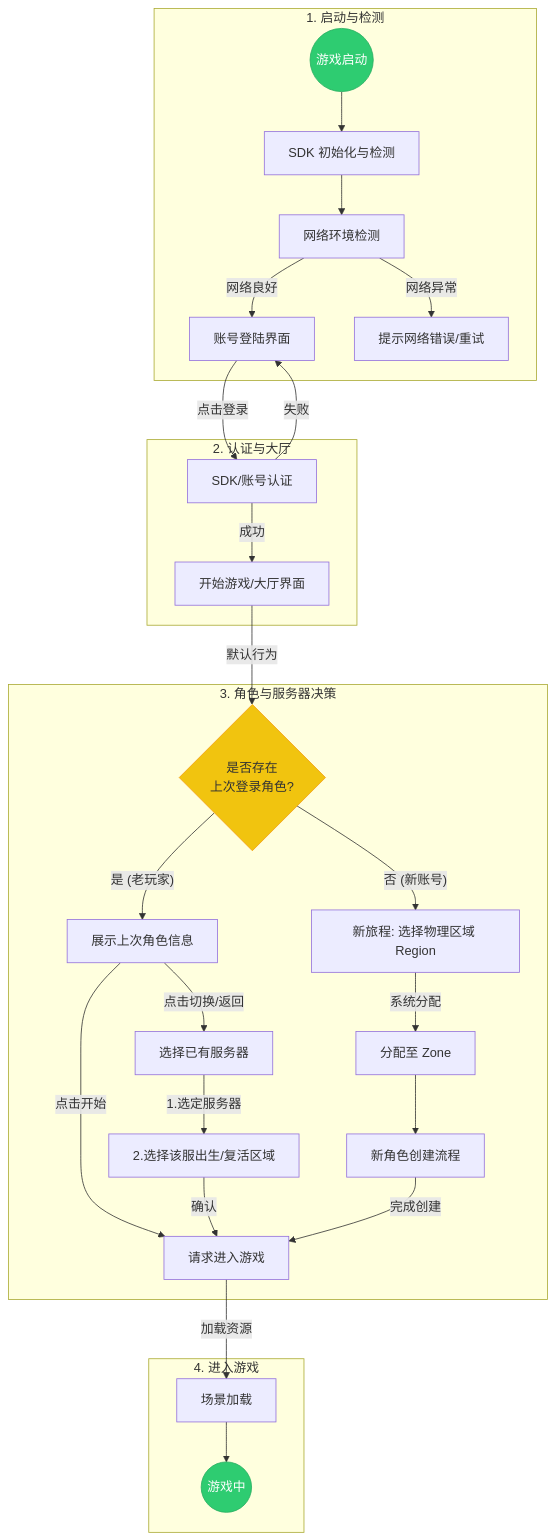
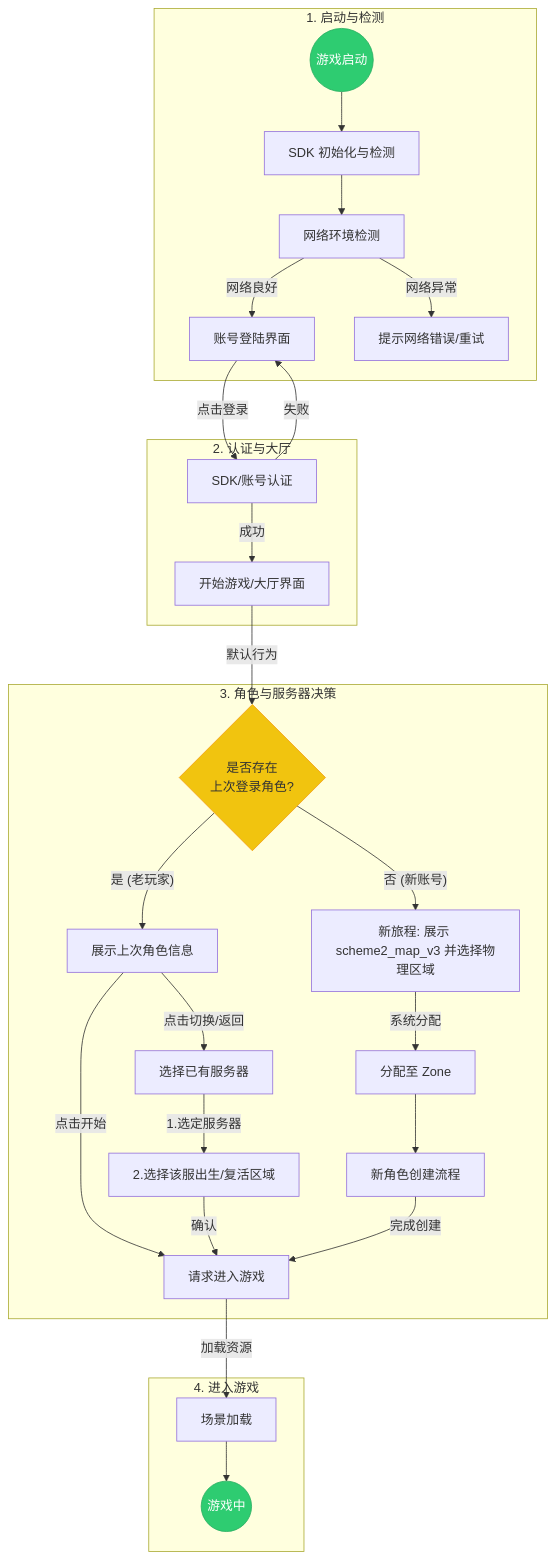
Before and after one commit to Sherlock3rd/BeagleDoc: the diagram in docs/login_flow_design.md, drawn with Mermaid. The commit also changed 1 other file, not shown here.

Commit message:
feat(doc): update login flow design with comic style and correct scheme2 logic

````diff
--- a/docs/login_flow_design.md
+++ b/docs/login_flow_design.md
@@ -7,45 +7,45 @@
 ```mermaid
 graph TD
     %% 阶段定义
     subgraph Stage1_Init [1. 启动与检测]
         Start((游戏启动)) --> SDKCheck[SDK 初始化与检测]
         SDKCheck --> NetCheck[网络环境检测]
         NetCheck -->|网络良好| LoginPage[账号登陆界面]
         NetCheck -->|网络异常| ErrorNet[提示网络错误/重试]
     end
 
     subgraph Stage2_Login [2. 认证与大厅]
         LoginPage -->|点击登录| Auth[SDK/账号认证]
         Auth -->|成功| RoleLobby[开始游戏/大厅界面]
         Auth -->|失败| LoginPage
     end
 
     subgraph Stage3_Selection [3. 角色与服务器决策]
         RoleLobby -->|默认行为| QuickStart{是否存在<br>上次登录角色?}
         
         QuickStart -- 是 (老玩家) --> ShowLastRole[展示上次角色信息]
         ShowLastRole -->|点击开始| EnterGameProcess[请求进入游戏]
         
         ShowLastRole -->|点击切换/返回| SelectExistingServer[选择已有服务器]
         
-        QuickStart -- 否 (新账号) --> SelectRegion[新旅程: 选择物理区域 Region]
+        QuickStart -- 否 (新账号) --> SelectRegion[新旅程: 展示 scheme2_map_v3 并选择物理区域]
         
         %% Scheme 2 Selection Logic
         SelectRegion -->|系统分配| EnterZone[分配至 Zone]
         EnterZone --> NewCharFlow[新角色创建流程]
         
         SelectExistingServer -->|1.选定服务器| SelectRegionOld[2.选择该服出生/复活区域]
         SelectRegionOld -->|确认| EnterGameProcess
     end
 
     subgraph Stage4_Entry [4. 进入游戏]
         NewCharFlow -->|完成创建| EnterGameProcess
         EnterGameProcess -->|加载资源| Loading[场景加载]
         Loading --> InGame((游戏中))
     end
     
     %% 样式
     style Start fill:#2ecc71,stroke:#27ae60,color:white
     style InGame fill:#2ecc71,stroke:#27ae60,color:white
     style QuickStart fill:#f1c40f,stroke:#f39c12
 ```
````
